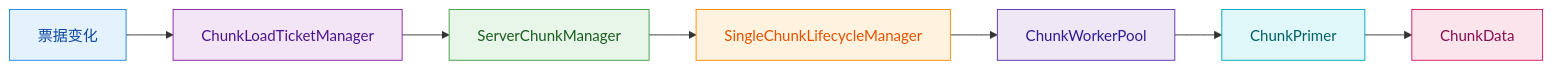
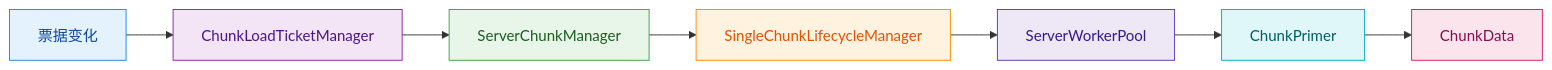
Before and after one commit to g122622/Cubium: the diagram in src/common/world/chunk/README.md, drawn with Mermaid. The commit also changed other lines of this file and 5 other files, not shown here.

````diff
--- a/src/common/world/chunk/README.md
+++ b/src/common/world/chunk/README.md
@@ -405,17 +401,17 @@
 ```mermaid
 flowchart LR
     A[票据变化] --> B[ChunkLoadTicketManager]
     B --> C[ServerChunkManager]
     C --> D[SingleChunkLifecycleManager]
-    D --> E[ChunkWorkerPool]
+    D --> E[ServerWorkerPool]
     E --> F[ChunkPrimer]
     F --> G[ChunkData]
 
     style A fill:#e3f2fd,stroke:#1e88e5,color:#0d47a1
     style B fill:#f3e5f5,stroke:#8e24aa,color:#4a148c
     style C fill:#e8f5e9,stroke:#43a047,color:#1b5e20
     style D fill:#fff3e0,stroke:#fb8c00,color:#e65100
     style E fill:#ede7f6,stroke:#5e35b1,color:#311b92
     style F fill:#e0f7fa,stroke:#00acc1,color:#006064
     style G fill:#fce4ec,stroke:#d81b60,color:#880e4f
 ```
````
